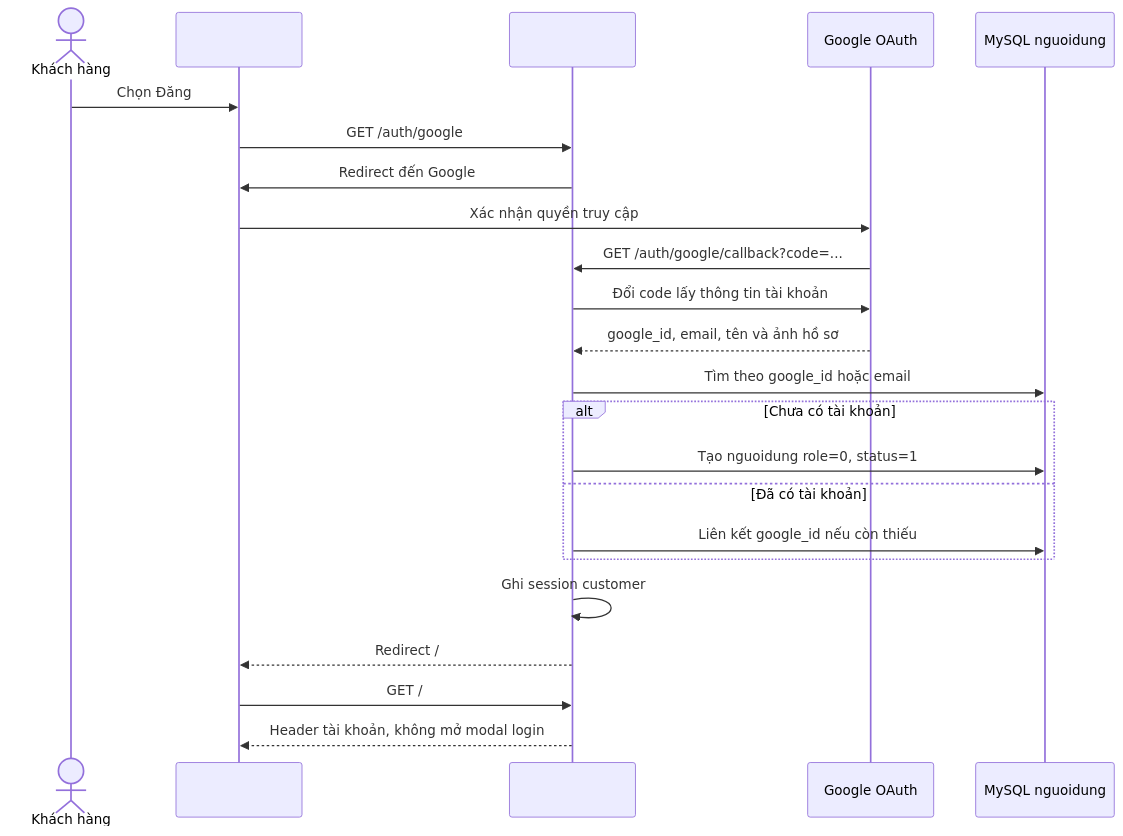
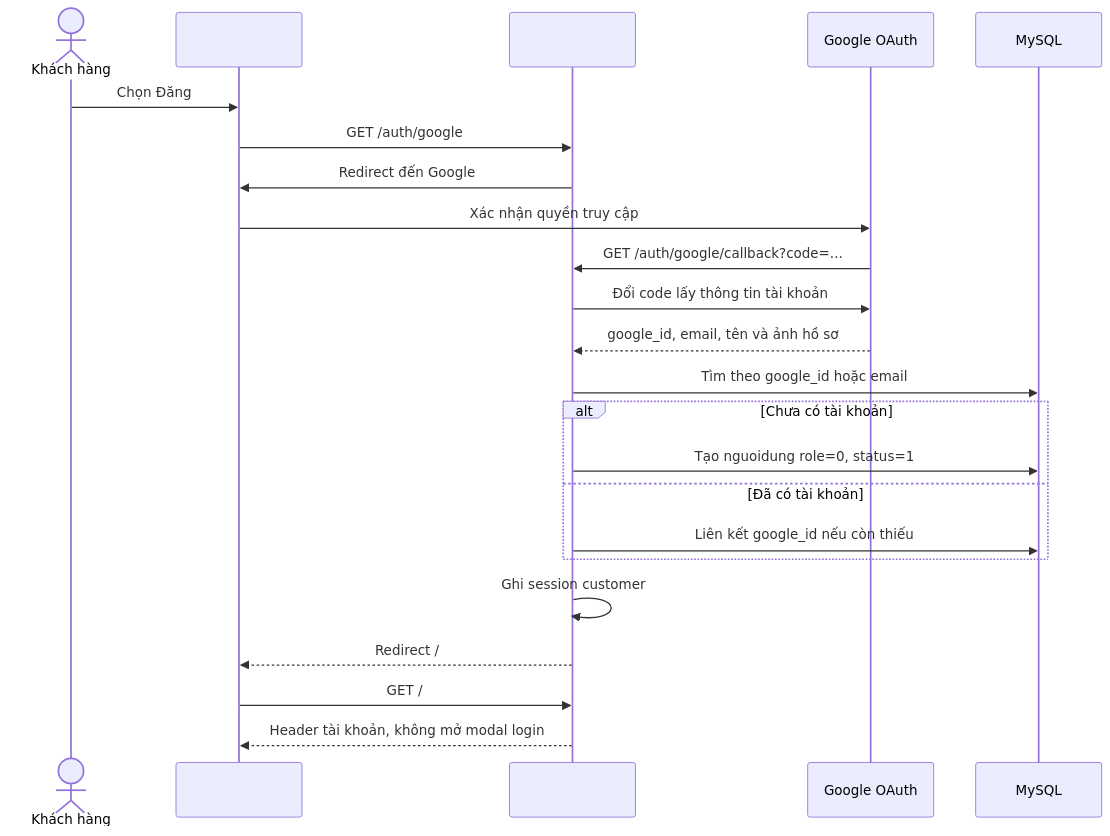
The third of 4 diagrams in README.md (ThuanDepzai03/DuAnTotNghiep), drawn with Mermaid before and after one commit.

Commit message:
sửa sản phẩm

````diff
--- a/README.md
+++ b/README.md
@@ -715,26 +715,26 @@
 ```mermaid
 sequenceDiagram
         actor Customer as Khách hàng
         participant Browser as 
         participant Laravel as
         participant Google as Google OAuth
-        participant DB as MySQL nguoidung
+        participant DB as MySQL
 
         Customer->>Browser: Chọn Đăng
         Browser->>Laravel: GET /auth/google
         Laravel->>Browser: Redirect đến Google
         Browser->>Google: Xác nhận quyền truy cập
         Google->>Laravel: GET /auth/google/callback?code=...
         Laravel->>Google: Đổi code lấy thông tin tài khoản
         Google-->>Laravel: google_id, email, tên và ảnh hồ sơ
         Laravel->>DB: Tìm theo google_id hoặc email
         alt Chưa có tài khoản
                 Laravel->>DB: Tạo nguoidung role=0, status=1
         else Đã có tài khoản
                 Laravel->>DB: Liên kết google_id nếu còn thiếu
         end
         Laravel->>Laravel: Ghi session customer
         Laravel-->>Browser: Redirect /
         Browser->>Laravel: GET /
         Laravel-->>Browser: Header tài khoản, không mở modal login
 ```
````
